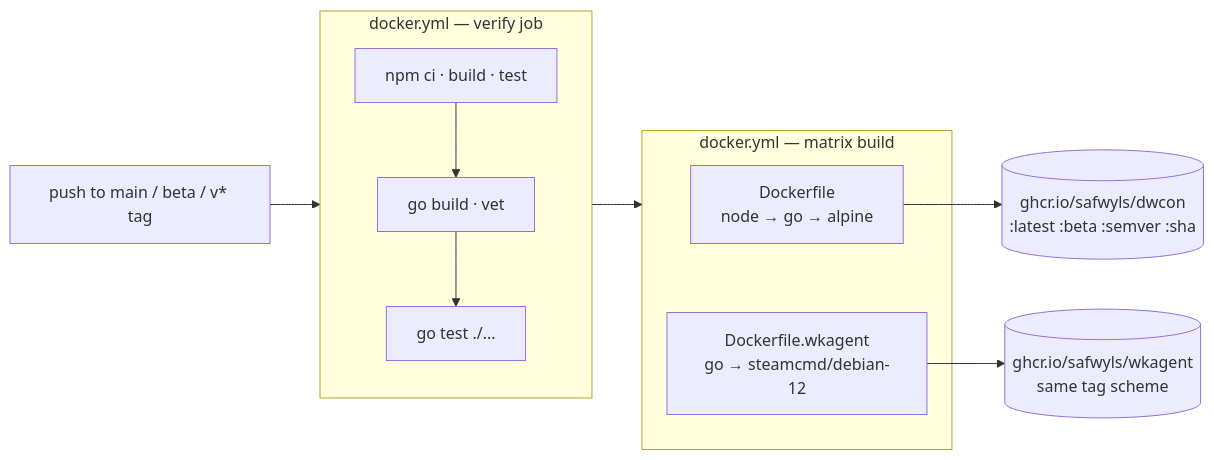
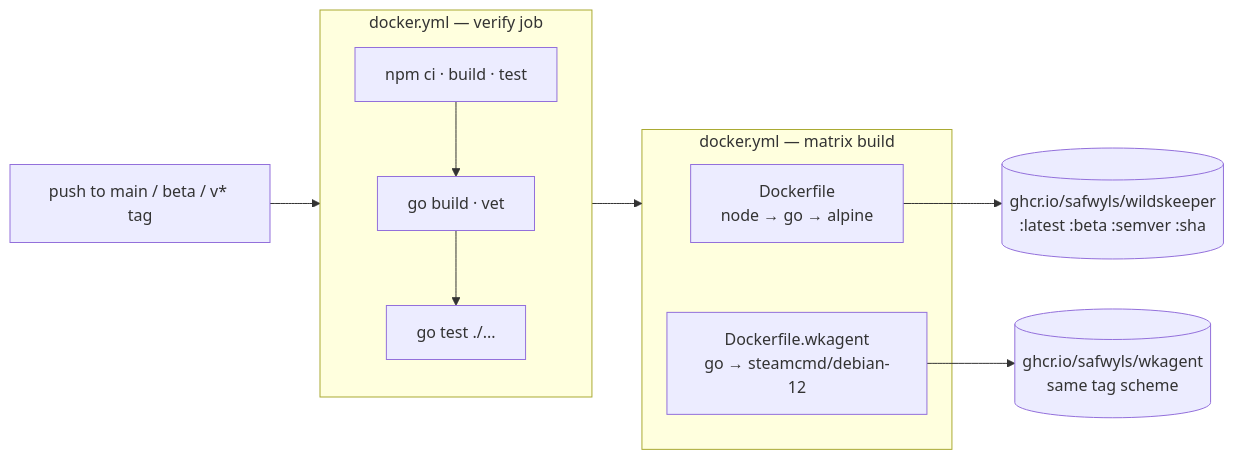
Before and after one commit to safwyls/artificer: the fifth of 5 diagrams in docs/architecture.md, drawn with Mermaid. The commit also changed other lines of this file and 105 other files, not shown here.

First line of the commit message:
Rename dwcon to wildskeeper throughout

````diff
--- a/docs/architecture.md
+++ b/docs/architecture.md
@@ -646,20 +646,20 @@
 ```mermaid
 flowchart LR
     trig["push to main / beta / v* tag"]
 
     subgraph verify["docker.yml — verify job"]
         v1["npm ci · build · test"] --> v2["go build · vet"] --> v3["go test ./..."]
     end
 
     subgraph build["docker.yml — matrix build"]
         d1["Dockerfile<br/>node → go → alpine"]
         d2["Dockerfile.wkagent<br/>go → steamcmd/debian-12"]
     end
 
-    ghcr1[("ghcr.io/safwyls/dwcon<br/>:latest :beta :semver :sha")]
+    ghcr1[("ghcr.io/safwyls/wildskeeper<br/>:latest :beta :semver :sha")]
     ghcr2[("ghcr.io/safwyls/wkagent<br/>same tag scheme")]
 
     trig --> verify --> build
     d1 --> ghcr1
     d2 --> ghcr2
 ```
````
